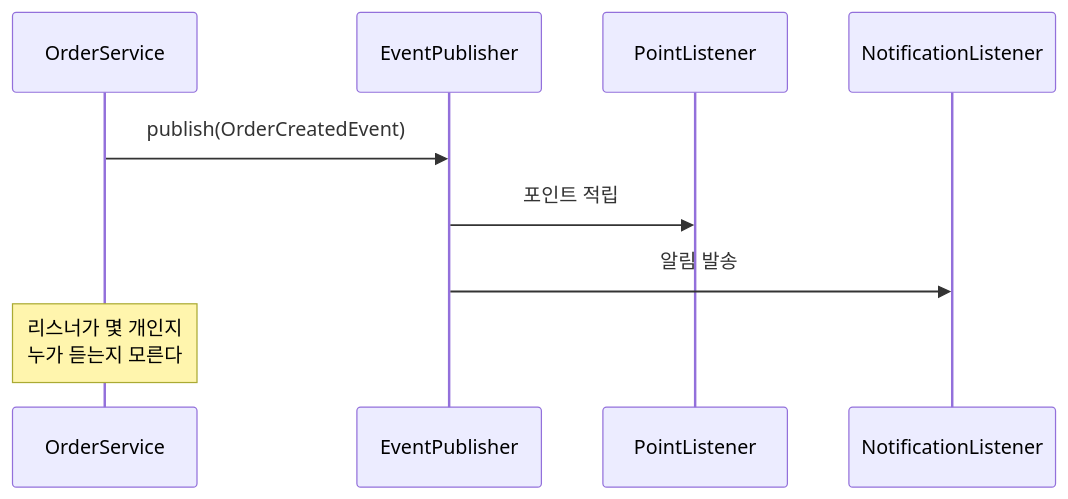
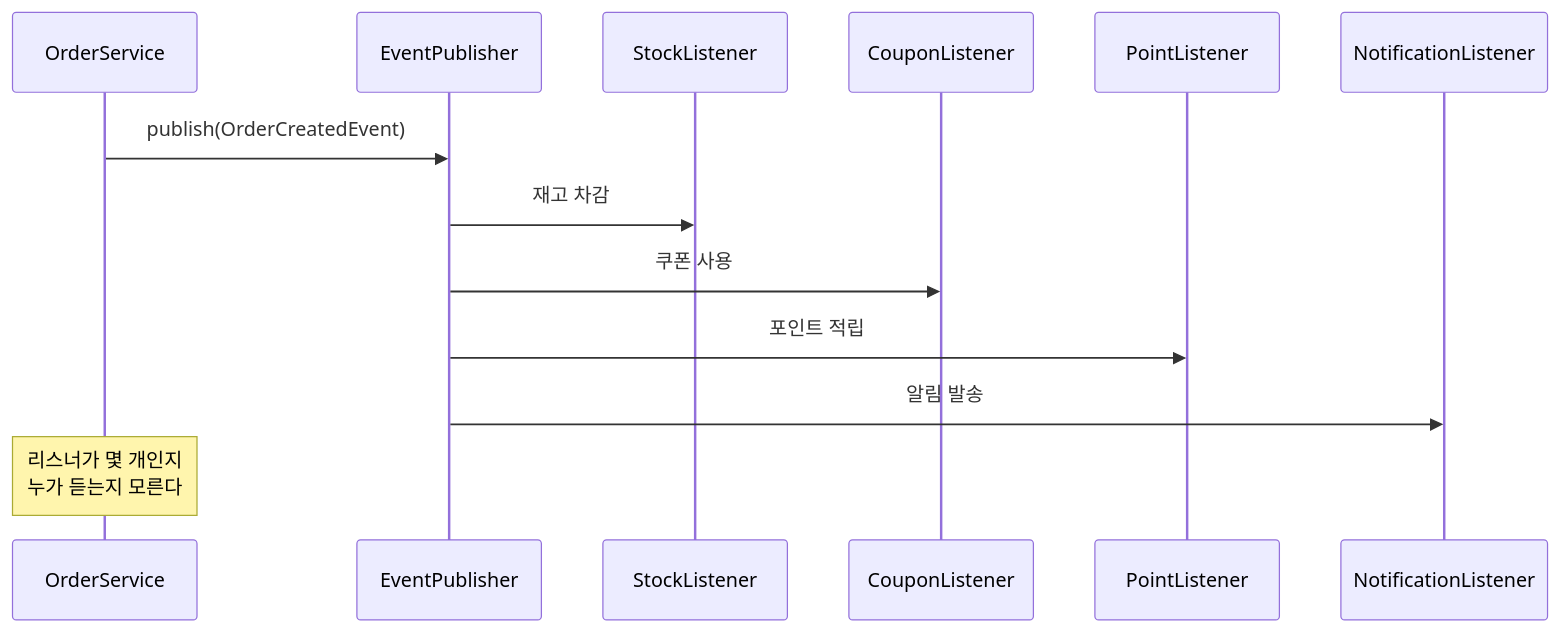
The second of 3 diagrams in src/test/java/com/example/messaging/step1_application_event/README.md (ghtjr410/messaging-lab), drawn with Mermaid before and after one commit. The commit also changed other lines of this file and 4 other files, not shown here.

````diff
--- a/src/test/java/com/example/messaging/step1_application_event/README.md
+++ b/src/test/java/com/example/messaging/step1_application_event/README.md
@@ -92,13 +94,17 @@
 ```mermaid
 sequenceDiagram
     participant OS as OrderService
     participant EP as EventPublisher
+    participant SL as StockListener
+    participant CL as CouponListener
     participant PL as PointListener
     participant NL as NotificationListener
 
     OS->>EP: publish(OrderCreatedEvent)
+    EP->>SL: 재고 차감
+    EP->>CL: 쿠폰 사용
     EP->>PL: 포인트 적립
     EP->>NL: 알림 발송
 
     Note over OS: 리스너가 몇 개인지<br/>누가 듣는지 모른다
 ```
````
